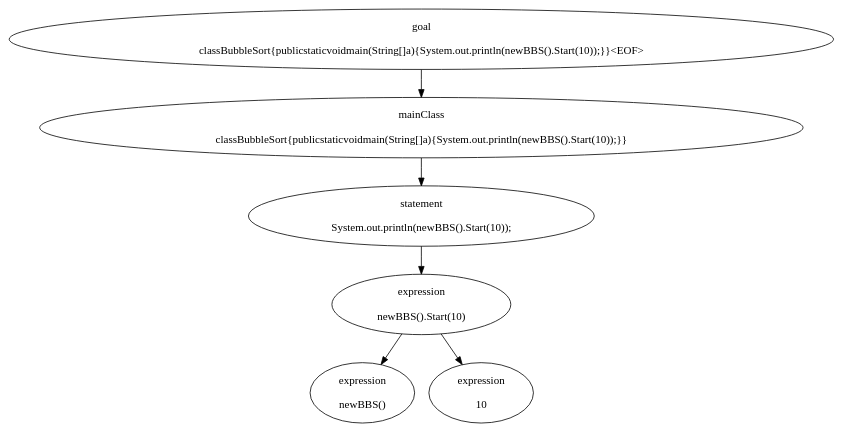
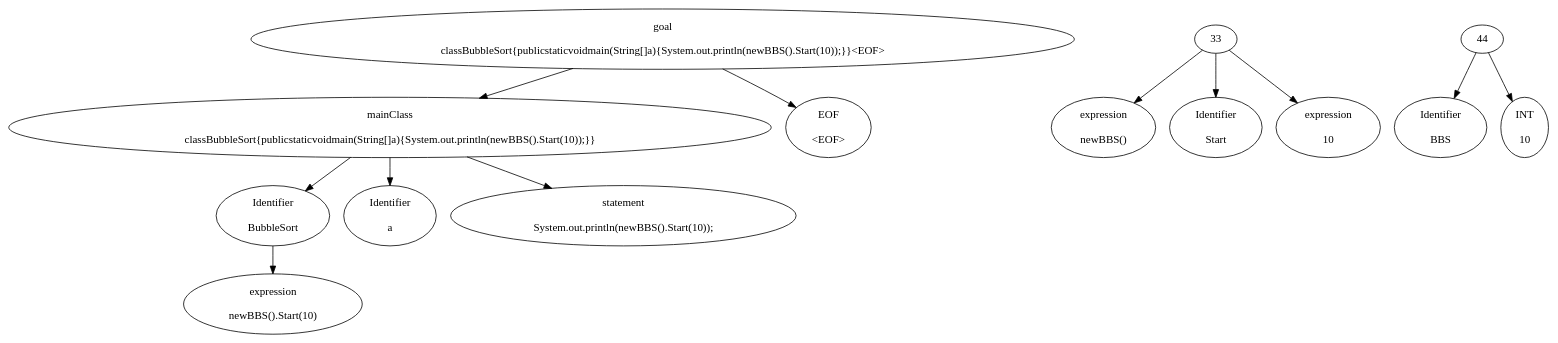
Before and after one commit to yixuan-wei/compileWW: the diagram in out/production/project/draw/test.dot, drawn with Graphviz. The commit also changed 6 other files, not shown here.

```diff
--- a/out/production/project/draw/test.dot
+++ b/out/production/project/draw/test.dot
@@ -1,25 +1,49 @@
 digraph AST{
 00[label="goal
 \n classBubbleSort{publicstaticvoidmain(String[]a){System.out.println(newBBS().Start(10));}}<EOF>
 "]
 11[label="mainClass
 \n classBubbleSort{publicstaticvoidmain(String[]a){System.out.println(newBBS().Start(10));}}
 "]
-22[label="statement
+22[label="Identifier
+\n BubbleSort
+"]
+23[label="Identifier
+\n a
+"]
+24[label="statement
 \n System.out.println(newBBS().Start(10));
 "]
-33[label="expression
+35[label="expression
 \n newBBS().Start(10)
 "]
-44[label="expression
+46[label="expression
 \n newBBS()
 "]
-45[label="expression
+57[label="Identifier
+\n BBS
+"]
+48[label="Identifier
+\n Start
+"]
+49[label="expression
 \n 10
+"]
+510[label="INT
+\n 10
+"]
+111[label="EOF
+\n <EOF>
 "]
 00->11
 11->22
-22->33
-33->44
-33->45
+11->23
+11->24
+22->35
+33->46
+44->57
+33->48
+33->49
+44->510
+00->111
 }
```
